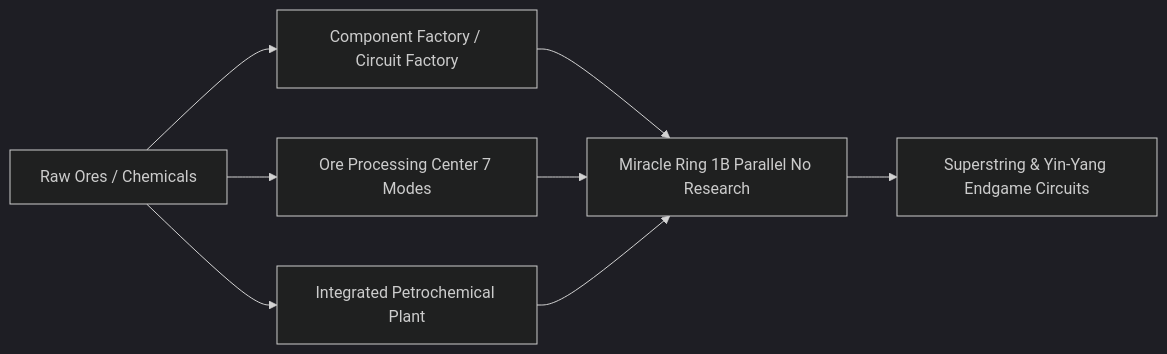
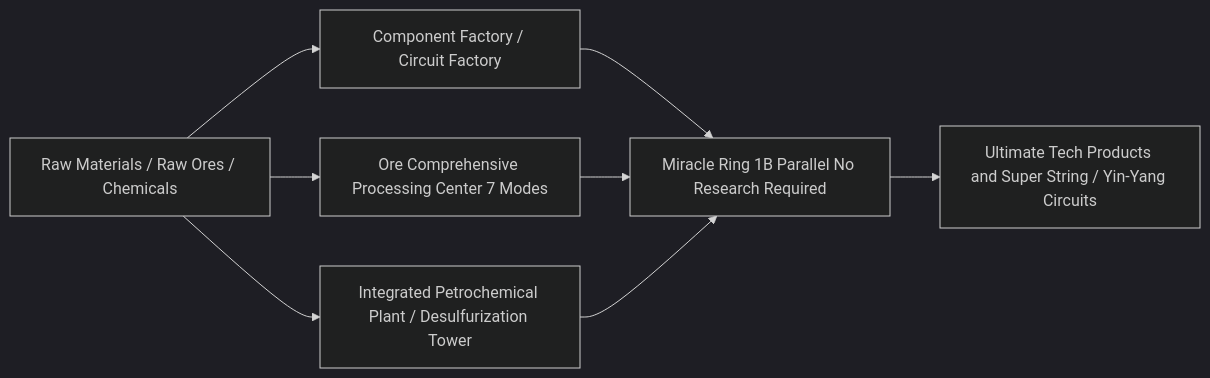
One commit to takanashisatou/GregtechEasy-Docs changed the diagram in docs/en/gtecore/machines-and-multiblocks.md. Above: the diagram before and after it, drawn with Mermaid (dark theme). The commit also changed other lines of this file and 99 other files, not shown here.

````diff
--- a/docs/en/gtecore/machines-and-multiblocks.md
+++ b/docs/en/gtecore/machines-and-multiblocks.md
@@ -27,8 +27,8 @@
 ```mermaid
 graph LR
-    A[Raw Ores / Chemicals] --> B[Component Factory / Circuit Factory]
-    A --> C[Ore Processing Center 7 Modes]
-    A --> D[Integrated Petrochemical Plant]
-    B & C & D --> E[Miracle Ring 1B Parallel No Research]
-    E --> F[Superstring & Yin-Yang Endgame Circuits]
+    A[Raw Materials / Raw Ores / Chemicals] --> B[Component Factory / Circuit Factory]
+    A --> C[Ore Comprehensive Processing Center 7 Modes]
+    A --> D[Integrated Petrochemical Plant / Desulfurization Tower]
+    B & C & D --> E[Miracle Ring 1B Parallel No Research Required]
+    E --> F[Ultimate Tech Products and Super String / Yin-Yang Circuits]
 ```
````
